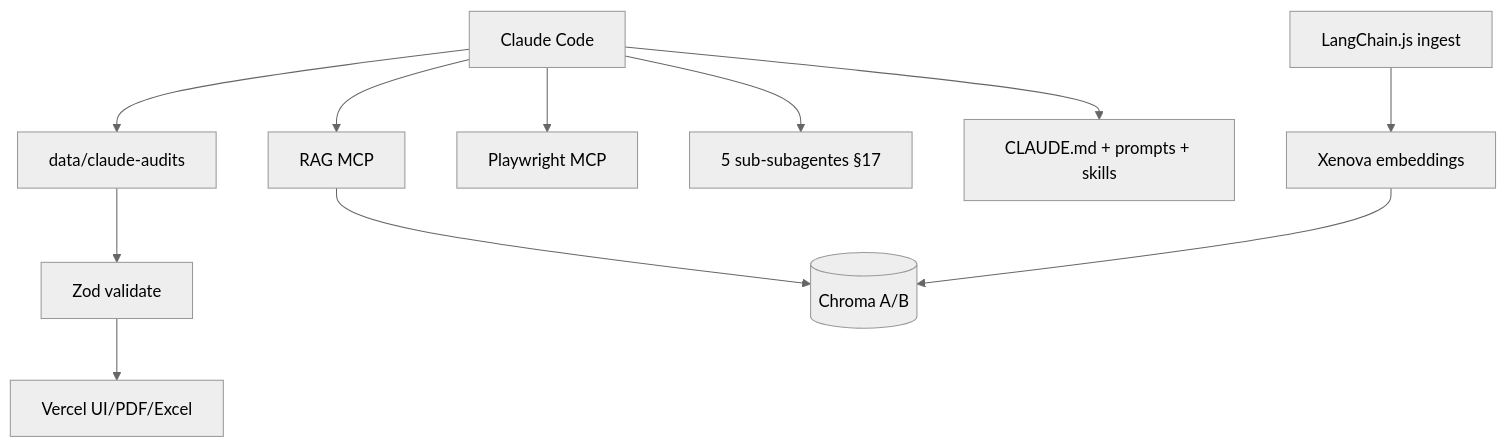
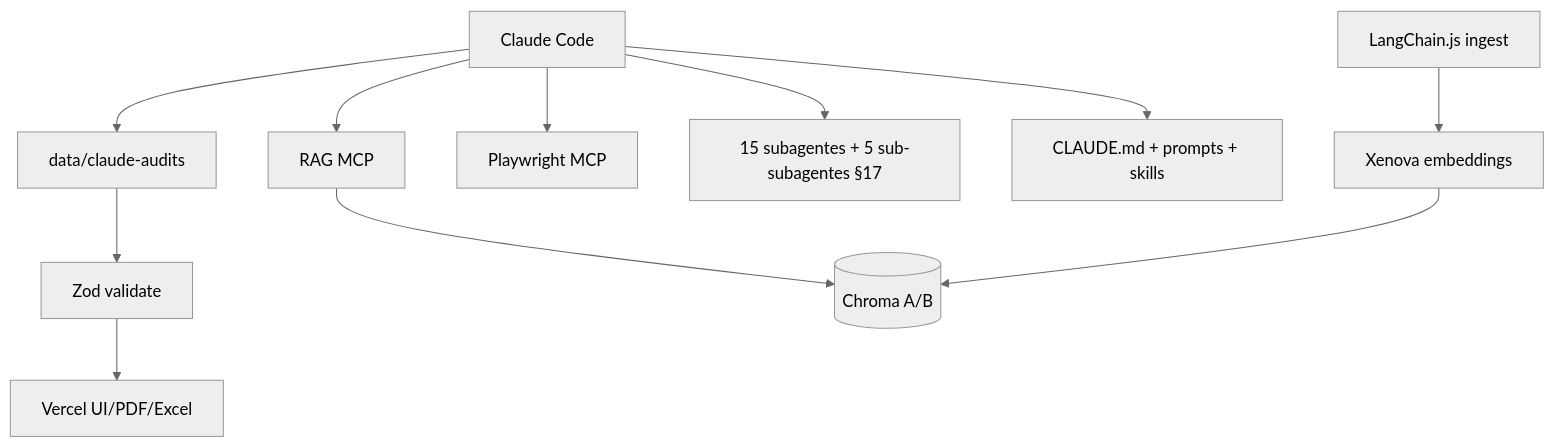
The diagram in docs/ARCHITECTURE.md (Fernandodesign96/lc-inapi.app), drawn with Mermaid (neutral theme) before and after one commit. The commit also changed other lines of this file and 40 other files, not shown here.

````diff
--- a/docs/ARCHITECTURE.md
+++ b/docs/ARCHITECTURE.md
@@ -50,22 +50,22 @@
 ```mermaid
 flowchart TD
   CC[Claude Code]
   CM[CLAUDE.md + prompts + skills]
-  SA[5 sub-subagentes §17]
+  SA[15 subagentes + 5 sub-subagentes §17]
   PW[Playwright MCP]
   RAG[RAG MCP]
   CH[(Chroma A/B)]
   XE[Xenova embeddings]
   LC[LangChain.js ingest]
   Z[Zod validate]
   JSON[data/claude-audits]
   V[Vercel UI/PDF/Excel]
 
   CC --> CM
   CC --> SA
   CC --> PW
   CC --> RAG
   RAG --> CH
   LC --> XE --> CH
   CC --> JSON --> Z --> V
 ```
````
